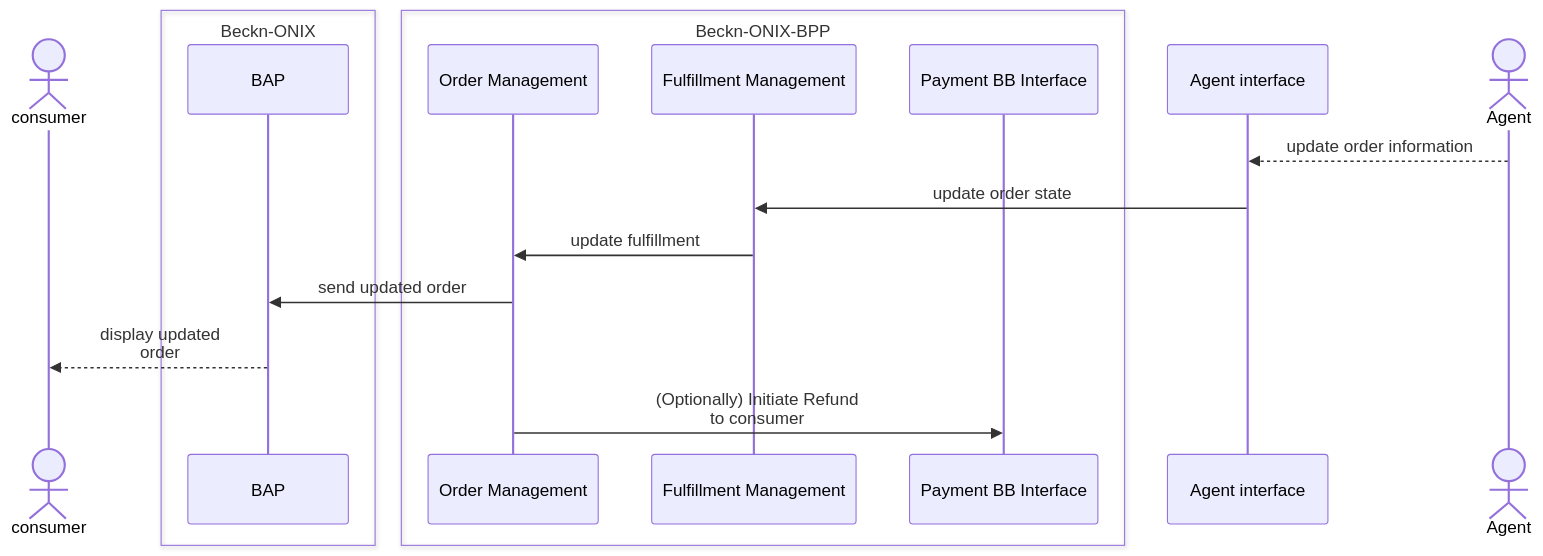
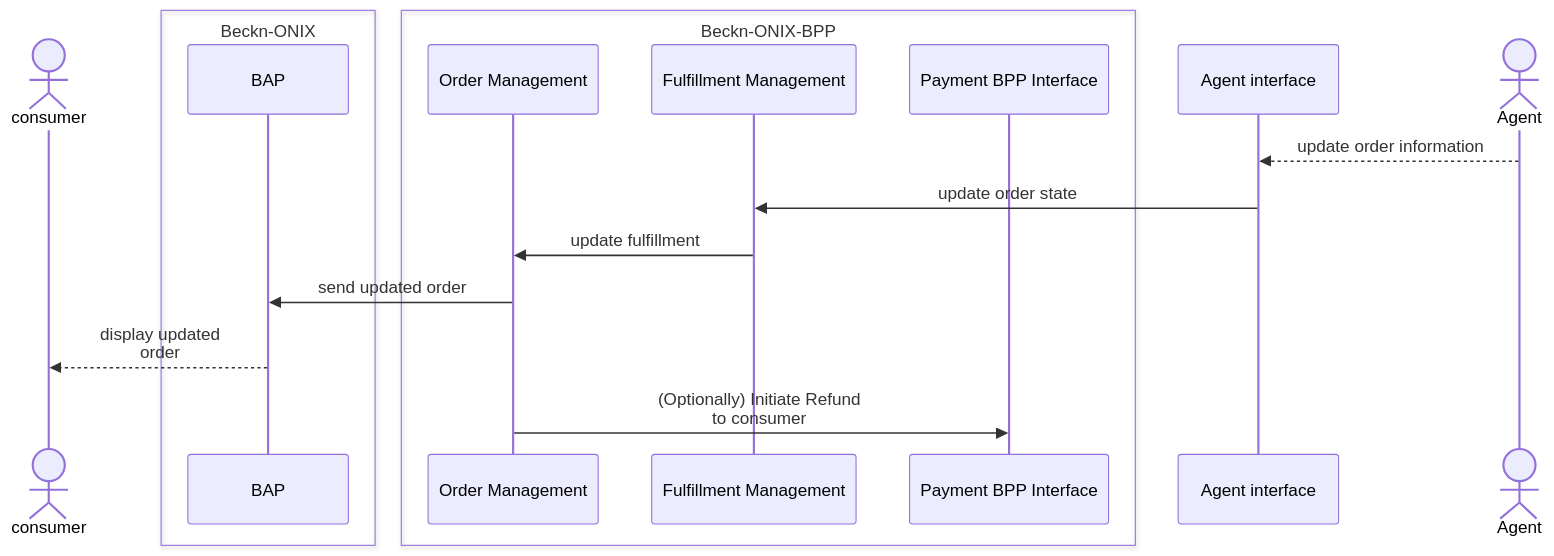
Before and after one commit to rajaneeshk90/gitbook-exp: diagram 12 of 17 in README.md, drawn with Mermaid. The commit also changed other lines of this file, not shown here.

````diff
--- a/README.md
+++ b/README.md
@@ -337,20 +323,20 @@
 ```mermaid
 sequenceDiagram
     Actor consumer
     box Beckn-ONIX
     participant BAP
     end
     box Beckn-ONIX-BPP
     participant Order Management
     participant Fulfillment Management
-    participant Payment BB Interface
+    participant Payment BPP Interface
     end
     participant Agent interface
     Actor Agent
     Agent-->>Agent interface: update order information
     Agent interface->>Fulfillment Management:update order state
     Fulfillment Management->>Order Management:update fulfillment
     Order Management->>BAP: send updated order
     BAP-->>consumer: display updated <br/> order
-    Order Management->>Payment BB Interface: (Optionally) Initiate Refund <br/> to consumer
+    Order Management->>Payment BPP Interface: (Optionally) Initiate Refund <br/> to consumer
 ```
````
